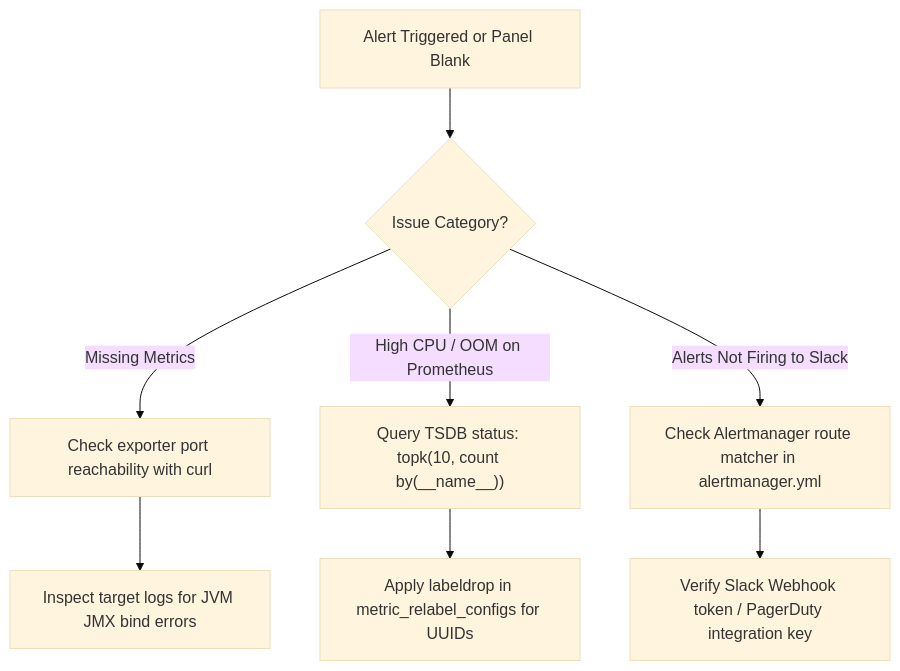
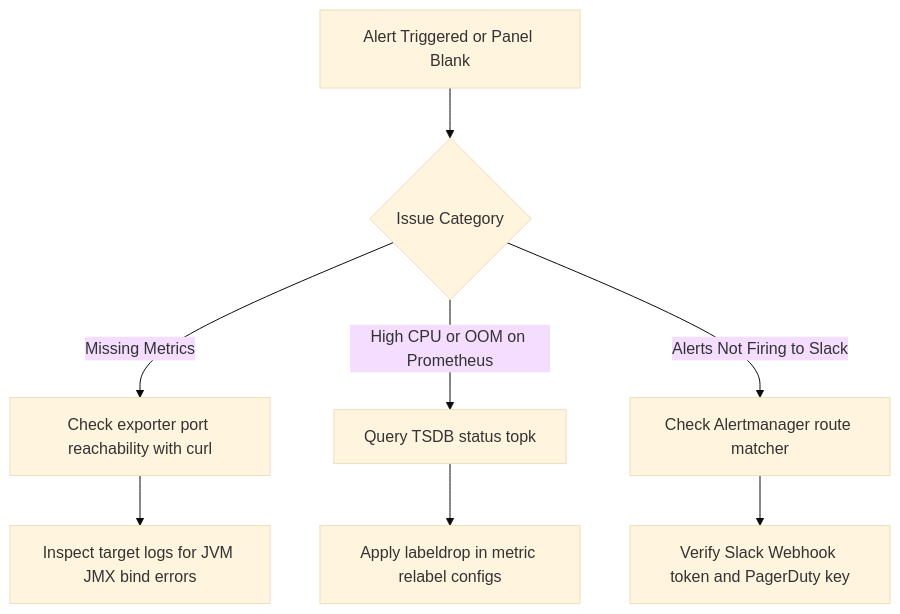
The fifth of 6 diagrams in Day-28-Platform-Observability/README.md (userhimanshuverma/30_Days_of_Modern_Hadoop_Ecosystem), drawn with Mermaid (base theme) before and after one commit. The commit also changed other lines of this file and 5 other files, not shown here.

Commit message:
fix(day-28): Simplify Mermaid diagram syntax to ensure 100% visual rendering in GitHub UI

````diff
--- a/Day-28-Platform-Observability/README.md
+++ b/Day-28-Platform-Observability/README.md
@@ -498,13 +498,13 @@
 ```mermaid
 graph TD
-    ALERT["Alert Triggered or Panel Blank"] --> TYPE{"Issue Category?"}
+    ALERT[Alert Triggered or Panel Blank] --> TYPE{Issue Category}
     
-    TYPE -->|Missing Metrics| M1["Check exporter port reachability with curl"]
-    M1 --> M2["Inspect target logs for JVM JMX bind errors"]
+    TYPE -->|Missing Metrics| M1[Check exporter port reachability with curl]
+    M1 --> M2[Inspect target logs for JVM JMX bind errors]
     
-    TYPE -->|High CPU / OOM on Prometheus| H1["Query TSDB status: topk(10, count by(__name__))"]
-    H1 --> H2["Apply labeldrop in metric_relabel_configs for UUIDs"]
+    TYPE -->|High CPU or OOM on Prometheus| H1[Query TSDB status topk]
+    H1 --> H2[Apply labeldrop in metric relabel configs]
     
-    TYPE -->|Alerts Not Firing to Slack| A1["Check Alertmanager route matcher in alertmanager.yml"]
-    A1 --> A2["Verify Slack Webhook token / PagerDuty integration key"]
+    TYPE -->|Alerts Not Firing to Slack| A1[Check Alertmanager route matcher]
+    A1 --> A2[Verify Slack Webhook token and PagerDuty key]
 ```
````
